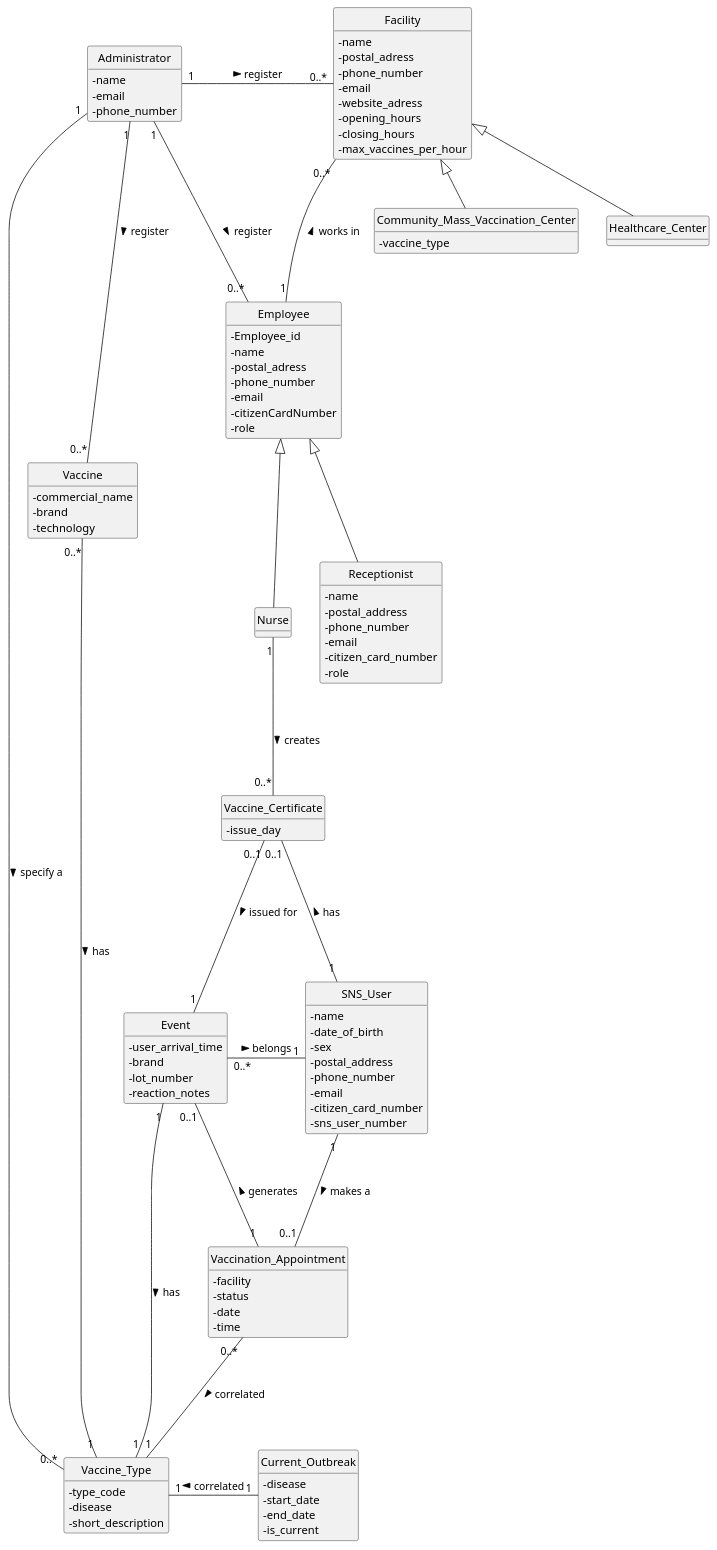
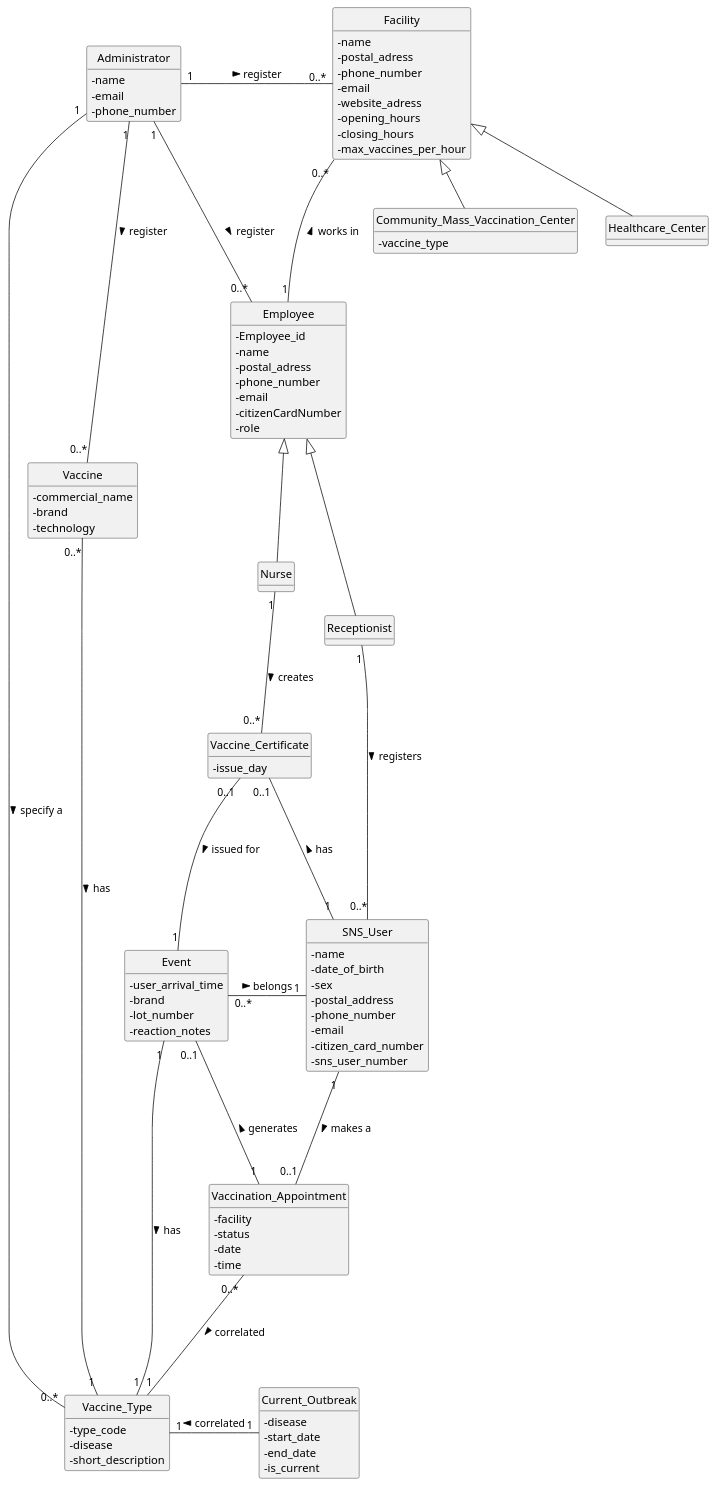
The diagram in docs/system-documentation/global-artifacts/puml/DM.puml (Parafita123/leti-esoft-25-26-B1), drawn with PlantUML before and after one commit.

Commit message:
modelo dominio, atualizado recepcionist

```diff
--- a/docs/system-documentation/global-artifacts/puml/DM.puml
+++ b/docs/system-documentation/global-artifacts/puml/DM.puml
@@ -1,149 +1,144 @@
 @startuml
 'https://plantuml.com/class-diagram
 skinparam classAttributeIconSize 0
 hide circle
 hide methods
 
 
 
 class Vaccine {
     - commercial_name
     - brand
     - technology
 }
 
 class Vaccine_Type {
     - type_code
     - disease
     - short_description
 }
 
 class Facility {
     - name
     - postal_adress
     - phone_number
     - email
     - website_adress
     - opening_hours
     - closing_hours
     - max_vaccines_per_hour
 }
 
 class Employee {
     - Employee_id
     - name
     - postal_adress
     - phone_number
     - email
     -citizenCardNumber
     - role
 }
 
 
 class SNS_User {
     - name
     - date_of_birth
     - sex
     - postal_address
     - phone_number
     - email
     - citizen_card_number
     - sns_user_number
 }
 
 
 
 class Vaccination_Appointment {
     - facility
     - status
     - date
     - time
 }
 
 class Current_Outbreak {
     - disease
     - start_date
     - end_date
     - is_current
 }
 
 class Community_Mass_Vaccination_Center {
  - vaccine_type
 }
 
 class Healthcare_Center {
 }
 
 class Nurse {
 
 }
 
 class Receptionist {
-    - name
-    - postal_address
-    - phone_number
-    - email
-    - citizen_card_number
-    - role
+
 
 }
 
 class Event {
     - user_arrival_time
     - brand
     - lot_number
     - reaction_notes
 }
 
 class Administrator {
     - name
     - email
     - phone_number
 }
 
 class Vaccine_Certificate {
     - issue_day
 }
 
 Employee <|-- Nurse
 Employee <|-- Receptionist
 
 Facility <|-- Community_Mass_Vaccination_Center
 Facility <|-- Healthcare_Center
 
 Employee "1" -up-- "0..*" Facility : works in >
 
 Administrator "1" -right-- "0..*" Employee: register >
 
 Administrator "1" -down-- "0..*" Vaccine: register >
 
 Administrator "1" -right-- "0..*" Facility: register >
 
 Administrator "1" -down-- "0..*" Vaccine_Type: specify a >
 
 SNS_User "1" -down-- "0..1" Vaccination_Appointment: makes a >
 
-
+Receptionist "1" -right-- "0..*" SNS_User: registers >
 
 Current_Outbreak "1" -left-- "1" Vaccine_Type: correlated >
 
 Vaccine "0..*" -right-- "1" Vaccine_Type: has >
 
 Nurse "1" -down-- "0..*" Vaccine_Certificate: creates >
 
 Vaccine_Certificate "0..1" -down-- "1" Event: issued for >
 
 Vaccination_Appointment "0..*" -down-- "1" Vaccine_Type: correlated >
 
 Vaccination_Appointment "1" -up-- "0..1" Event: generates >
 
 Event "0..*" -right-- "1" SNS_User: belongs >
 
 Event "1" -down-- "1" Vaccine_Type:has >
 
 SNS_User "1"  -left-- "0..1" Vaccine_Certificate: has >
 
 
 
 
 @enduml
```
